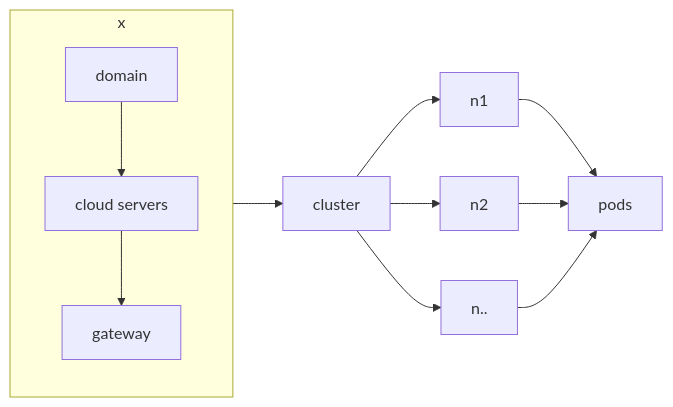
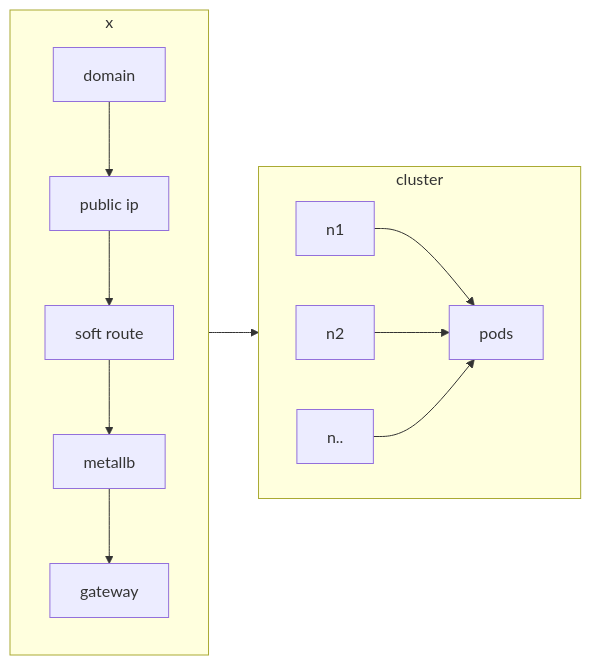
One commit to chanchan098/Docs changed the first of 3 diagrams in operation/0-to-public-net-single-cluster.md. Above: the diagram before and after it, drawn with Mermaid. The commit also changed other lines of this file and 14 other files, not shown here.

````diff
--- a/operation/0-to-public-net-single-cluster.md
+++ b/operation/0-to-public-net-single-cluster.md
@@ -3,9 +3,13 @@
 ```mermaid
 flowchart  LR
     subgraph x
         direction TB
-        domain --> 1[cloud servers] --> gateway
+        domain --> 1[public ip] --> sr[soft route] --> metallb --> gateway
     end
-    x --> cluster --> n1 & n2 & n.. --> pods
+    subgraph cluster
+        direction LR
+        n1 & n2 & n.. --> pods
+    end
+    x --> cluster
 
 ```
````
